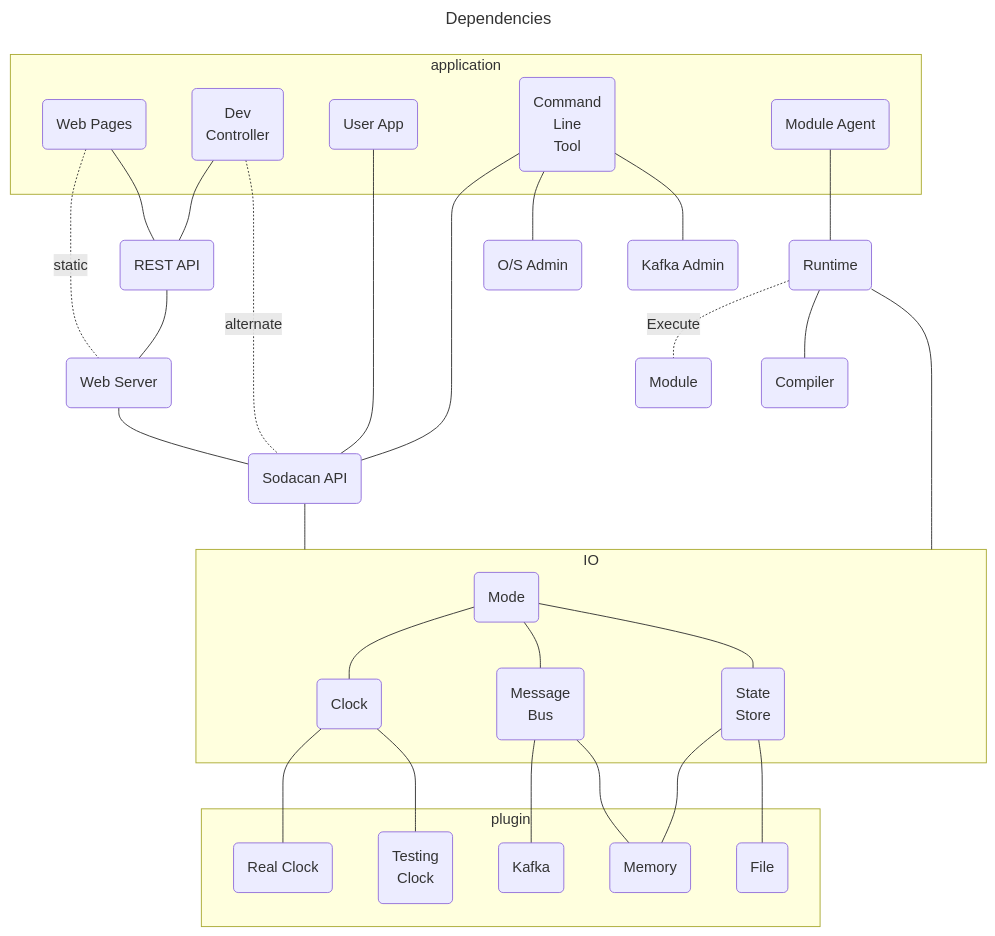
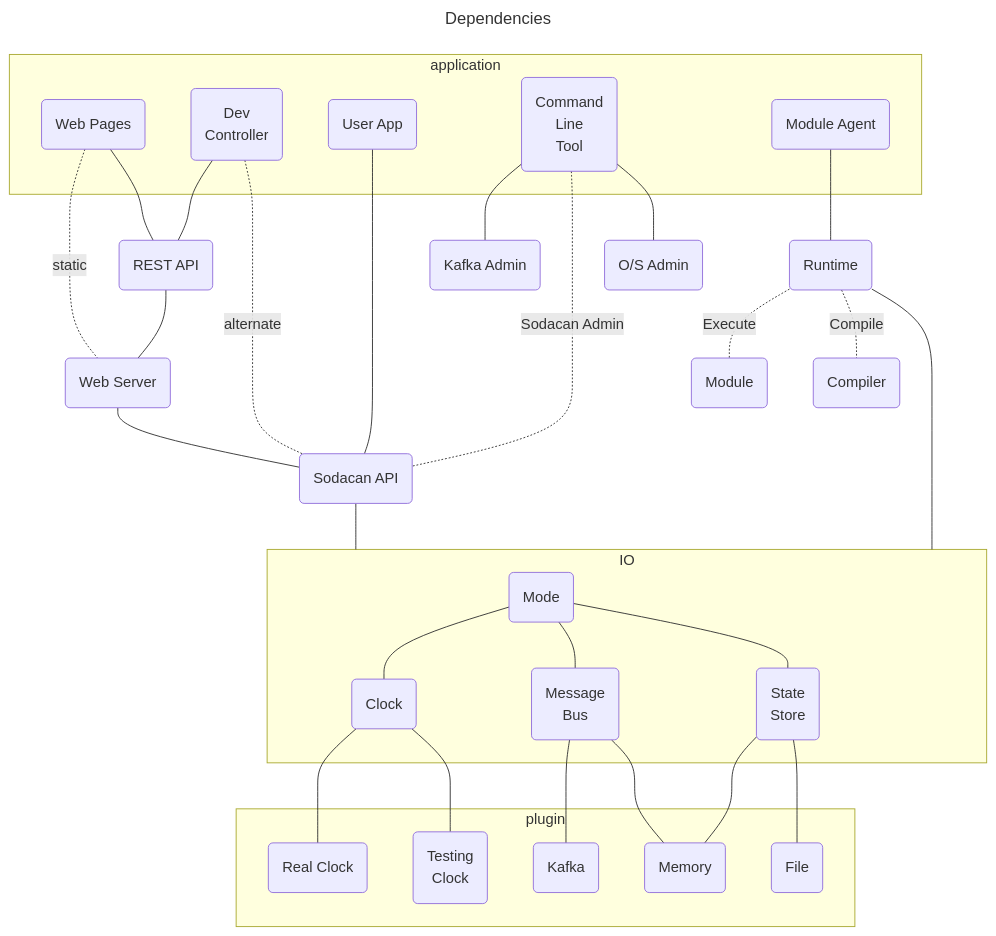
The fourth of 5 diagrams in documentation/architecture.md (sodacan-net/sodacan-core), drawn with Mermaid before and after one commit.

Commit message:
More on diagram

````diff
--- a/documentation/architecture.md
+++ b/documentation/architecture.md
@@ -87,59 +87,59 @@
 ```mermaid
 ---
 title: Dependencies
 ---
 flowchart TB;
 subgraph application
   wp(Web Pages)
   dc(Dev<br/>Controller)
   ua(User App)
   cli(Command<br/>Line<br/>Tool)
   ag(Module Agent)
 end
 subgraph IO
   mod(Mode)
   ss(State<br/>Store)
   mb(Message<br/>Bus)
   cl(Clock)
 end
 ap(Sodacan API)
 co(Compiler)
 ka(Kafka Admin)
 m(Module)
 oa(O/S Admin)
 ra(REST API)
 rt(Runtime)
 ws(Web Server)
-cli --- ap
+cli --- ka
+cli -.Sodacan Admin.- ap
+cli --- oa
 ap --- IO
 ag --- rt
+rt --- IO
 rt -.Execute.- m
-rt --- IO
-rt --- co
+rt -.Compile.- co
 mod --- cl
 mod --- mb
 ra --- ws
 ws --- ap
-cli --- oa
-cli --- ka
 ua --- ap
 dc --- ra
 dc -.alternate.- ap
 wp -.static.- ws
 wp --- ra
 mb --- k
 cl --- rtc
 cl --- tc
 mod --- ss
 ss --- mem
 mb --- mem
 ss --- f
 subgraph plugin
   f(File)
   k(Kafka)
   tc(Testing<br/>Clock)
   rtc(Real Clock)
   mem(Memory)
 end
 
 ```
````
